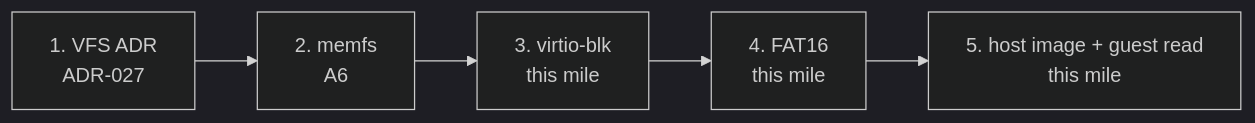
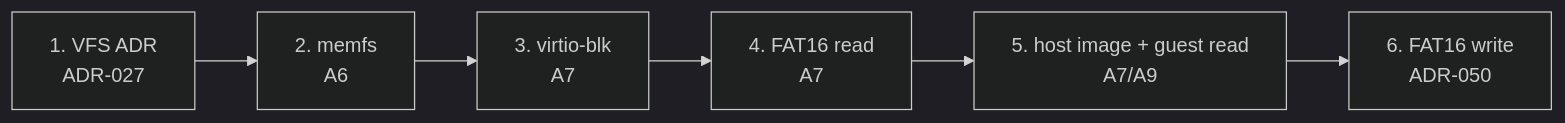
The diagram in docs/overview/filesystem.md (artofdream/ctos), drawn with Mermaid (dark theme) before and after one commit. The commit also changed other lines of this file and 20 other files, not shown here.

First line of the commit message:
feat: FAT16 write behind thin VFS (ADR-050)

````diff
--- a/docs/overview/filesystem.md
+++ b/docs/overview/filesystem.md
@@ -27,7 +28,8 @@
 ```mermaid
 flowchart LR
   V["1. VFS ADR<br/>ADR-027"] --> M["2. memfs<br/>A6"]
-  M --> B["3. virtio-blk<br/>this mile"]
-  B --> F["4. FAT16<br/>this mile"]
-  F --> H["5. host image + guest read<br/>this mile"]
+  M --> B["3. virtio-blk<br/>A7"]
+  B --> F["4. FAT16 read<br/>A7"]
+  F --> H["5. host image + guest read<br/>A7/A9"]
+  H --> W["6. FAT16 write<br/>ADR-050"]
 ```
````
